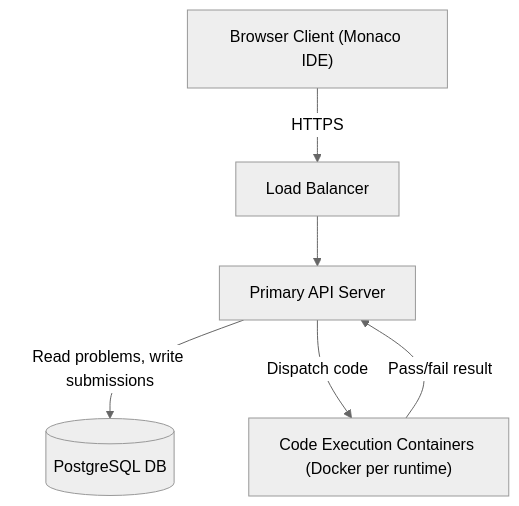
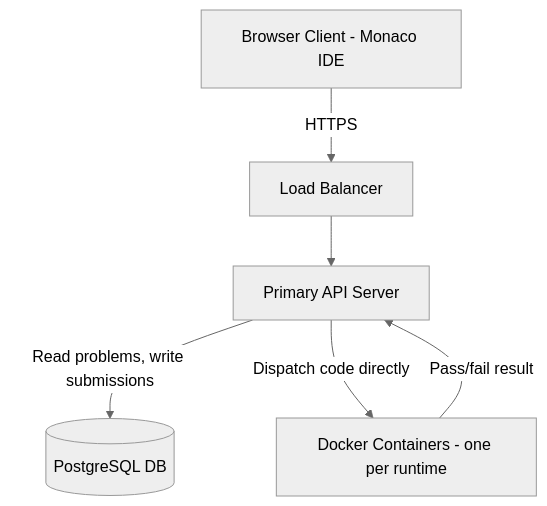
The second of 5 diagrams in system-design/latest & updated/leetcode-online-judge.md (shyamalm88/MechineCoding), drawn with Mermaid (neutral theme) before and after one commit. The commit also changed other lines of this file and 9 other files, not shown here.

````diff
--- a/system-design/latest & updated/leetcode-online-judge.md
+++ b/system-design/latest & updated/leetcode-online-judge.md
@@ -159,14 +155,14 @@
 ```mermaid
 graph TD
-    Client["Browser Client (Monaco IDE)"]
+    Client["Browser Client - Monaco IDE"]
     LB["Load Balancer"]
     API["Primary API Server"]
     DB[("PostgreSQL DB")]
-    Containers["Code Execution Containers (Docker per runtime)"]
+    Containers["Docker Containers - one per runtime"]
 
     Client -->|HTTPS| LB
     LB --> API
     API -->|Read problems, write submissions| DB
-    API -->|Dispatch code| Containers
+    API -->|Dispatch code directly| Containers
     Containers -->|Pass/fail result| API
 ```
````
